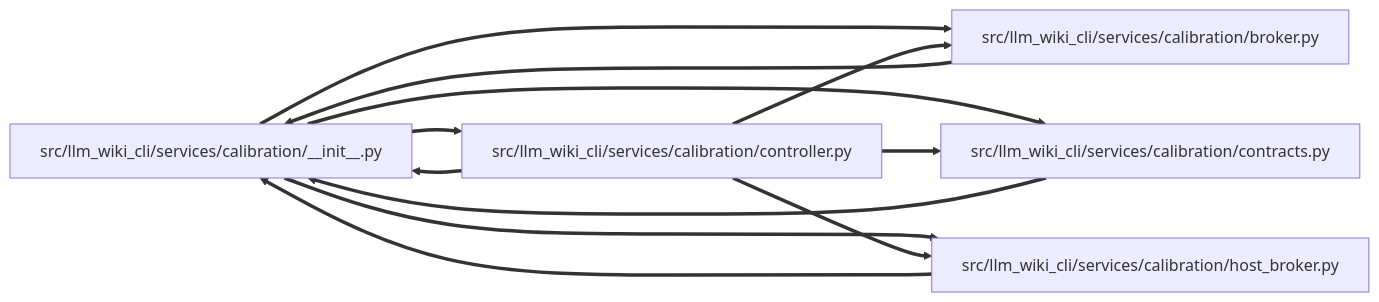
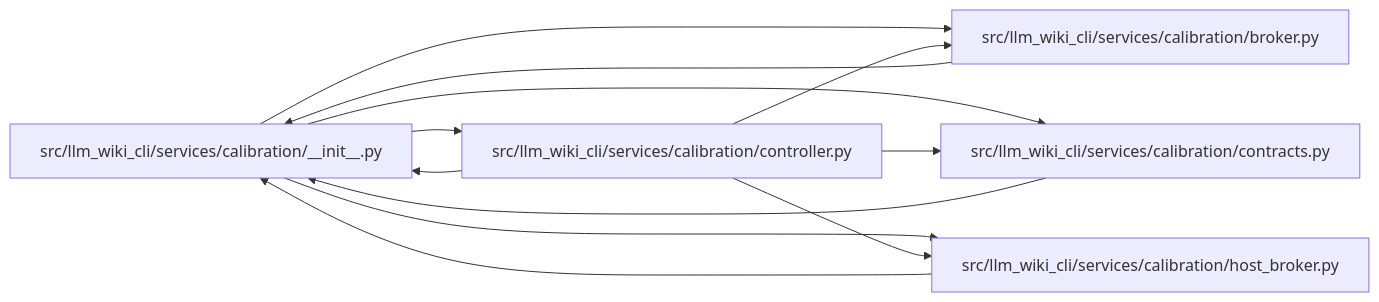
One commit to Denissvgn/python-wiki-llm changed the diagram in docs/llm_wiki/modules/calibration___init__.md. Above: the diagram before and after it, drawn with Mermaid. The commit also changed other lines of this file and 93 other files, not shown here.

````diff
--- a/docs/llm_wiki/modules/calibration___init__.md
+++ b/docs/llm_wiki/modules/calibration___init__.md
@@ -31,24 +30,24 @@
 ```mermaid
 flowchart LR
     n0["src/llm_wiki_cli/services/calibration/__init__.py"]
     n1["src/llm_wiki_cli/services/calibration/broker.py"]
     n2["src/llm_wiki_cli/services/calibration/contracts.py"]
     n3["src/llm_wiki_cli/services/calibration/controller.py"]
     n4["src/llm_wiki_cli/services/calibration/host_broker.py"]
-    n0 ==> n1
-    n0 ==> n2
-    n0 ==> n3
-    n0 ==> n4
-    n1 ==> n0
-    n2 ==> n0
-    n3 ==> n0
-    n3 ==> n1
-    n3 ==> n2
-    n3 ==> n4
-    n4 ==> n0
+    n0 --> n1
+    n0 --> n2
+    n0 --> n3
+    n0 --> n4
+    n1 --> n0
+    n2 --> n0
+    n3 --> n0
+    n3 --> n1
+    n3 --> n2
+    n3 --> n4
+    n4 --> n0
     click n0 "../modules/calibration___init__.md"
     click n1 "../modules/broker.md"
     click n2 "../modules/calibration_contracts.md"
     click n3 "../modules/controller.md"
     click n4 "../modules/host_broker.md"
 ```
````
